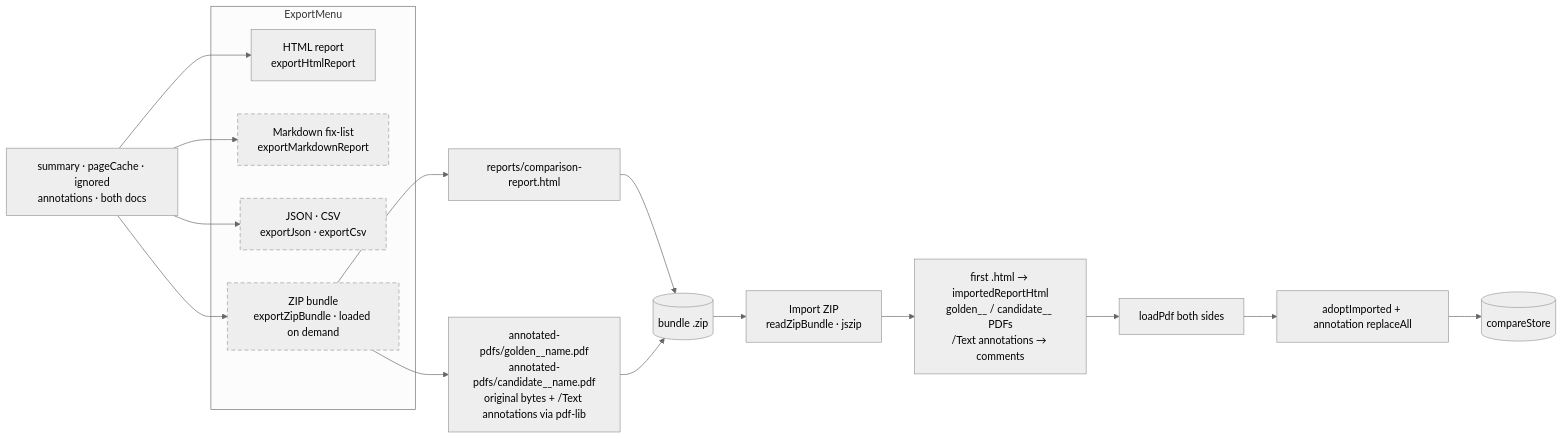
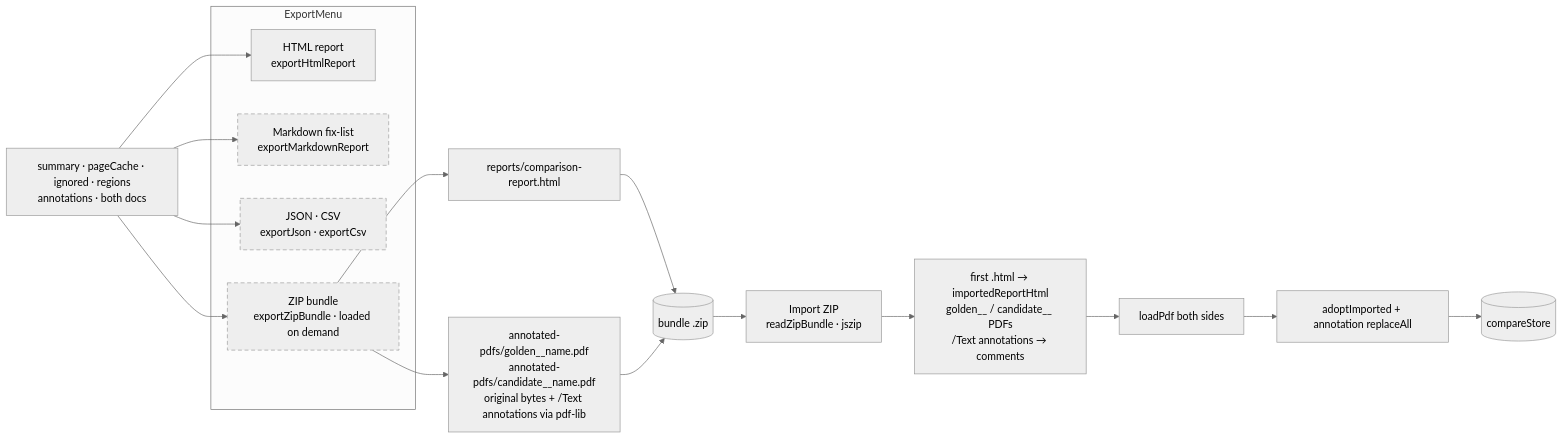
The tenth of 25 diagrams in docs/ARCHITECTURE.md (arpitarya/pdf-testing-suite), drawn with Mermaid (neutral theme) before and after one commit. The commit also changed other lines of this file and 157 other files, not shown here.

````diff
--- a/docs/ARCHITECTURE.md
+++ b/docs/ARCHITECTURE.md
@@ -340,20 +366,20 @@
 ```mermaid
 flowchart LR
   classDef flag stroke-dasharray: 6 4
-  SRC["summary · pageCache · ignored<br/>annotations · both docs"] --> E1 & E2 & E3 & E4
+  SRC["summary · pageCache · ignored · regions<br/>annotations · both docs"] --> E1 & E2 & E3 & E4
   subgraph EXPORT["ExportMenu"]
     E1["HTML report<br/>exportHtmlReport"]
     E2["Markdown fix-list<br/>exportMarkdownReport"]
     E3["JSON · CSV<br/>exportJson · exportCsv"]
     E4["ZIP bundle<br/>exportZipBundle · loaded on demand"]
   end
   E4 --> Z1["reports/comparison-report.html"]
   E4 --> Z2["annotated-pdfs/golden__name.pdf<br/>annotated-pdfs/candidate__name.pdf<br/>original bytes + /Text annotations via pdf-lib"]
   Z1 & Z2 --> ZF[("bundle .zip")]
   ZF --> I1["Import ZIP<br/>readZipBundle · jszip"]
   I1 --> I2["first .html → importedReportHtml<br/>golden__ / candidate__ PDFs<br/>/Text annotations → comments"]
   I2 --> I3["loadPdf both sides"]
   I3 --> I4["adoptImported + annotation replaceAll"]
   I4 --> CS[("compareStore")]
   class E2,E3,E4 flag
 ```
````
